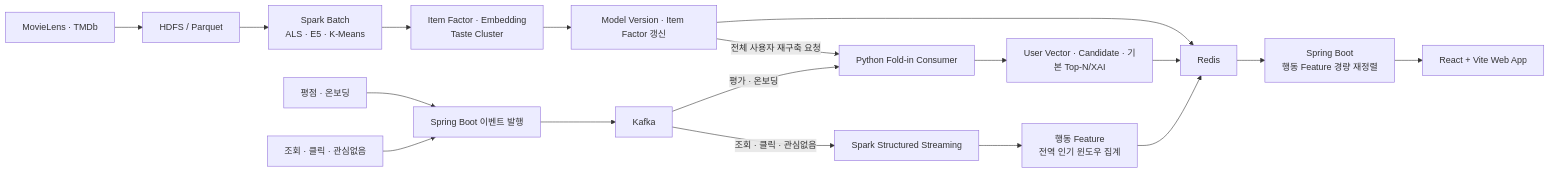
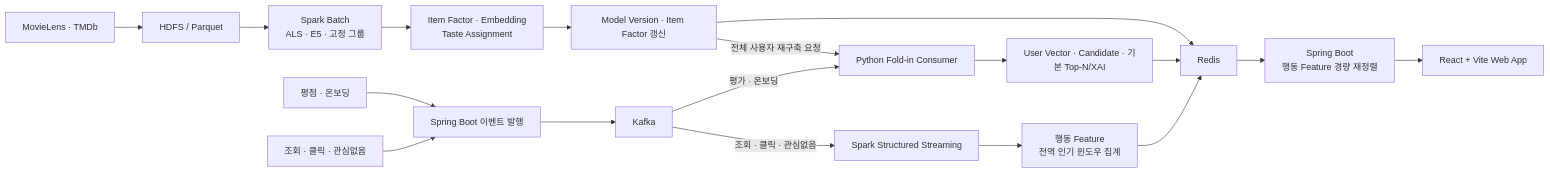
The third of 3 diagrams in README.md (koongya-studio/feelm), drawn with Mermaid before and after one commit. The commit also changed other lines of this file and 65 other files, not shown here.

````diff
--- a/README.md
+++ b/README.md
@@ -338,20 +338,20 @@
 ```mermaid
 flowchart LR
     A["MovieLens · TMDb"] --> B["HDFS / Parquet"]
-    B --> C["Spark Batch<br/>ALS · E5 · K-Means"]
-    C --> D["Item Factor · Embedding<br/>Taste Cluster"]
+    B --> C["Spark Batch<br/>ALS · E5 · 고정 그룹"]
+    C --> D["Item Factor · Embedding<br/>Taste Assignment"]
     D --> E["Model Version · Item Factor 갱신"]
     E --> F["Redis"]
     G["평점 · 온보딩"] --> BEE["Spring Boot 이벤트 발행"]
     BEE --> H["Kafka"]
     H -->|"평가 · 온보딩"| I["Python Fold-in Consumer"]
     E -->|"전체 사용자 재구축 요청"| I
     I --> J["User Vector · Candidate · 기본 Top-N/XAI"]
     J --> F
     BH["조회 · 클릭 · 관심없음"] --> BEE
     H -->|"조회 · 클릭 · 관심없음"| M["Spark Structured Streaming"]
     M --> N["행동 Feature<br/>전역 인기 윈도우 집계"]
     N --> F
     F --> SB["Spring Boot<br/>행동 Feature 경량 재정렬"]
     SB --> O["React + Vite Web App"]
 ```
````
